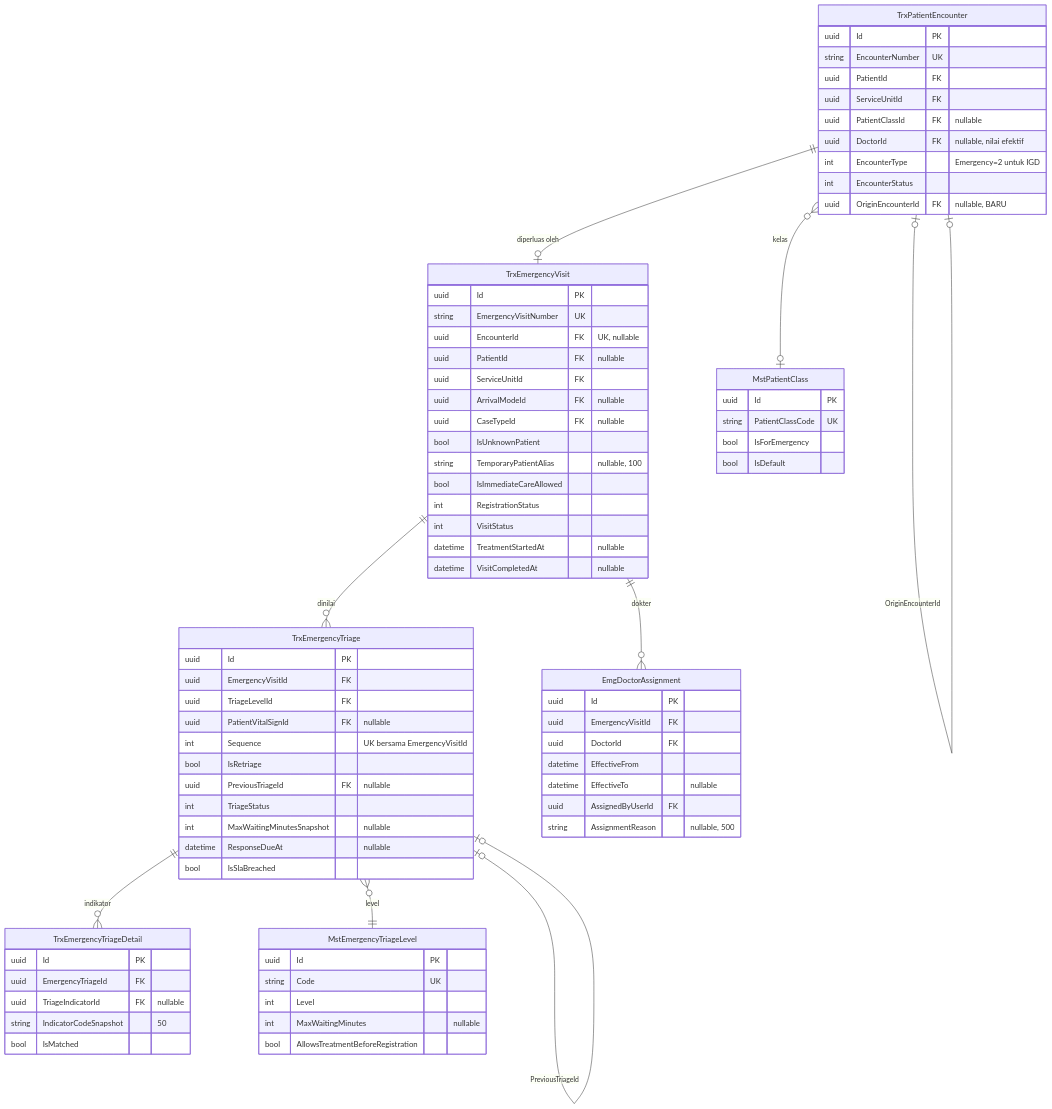
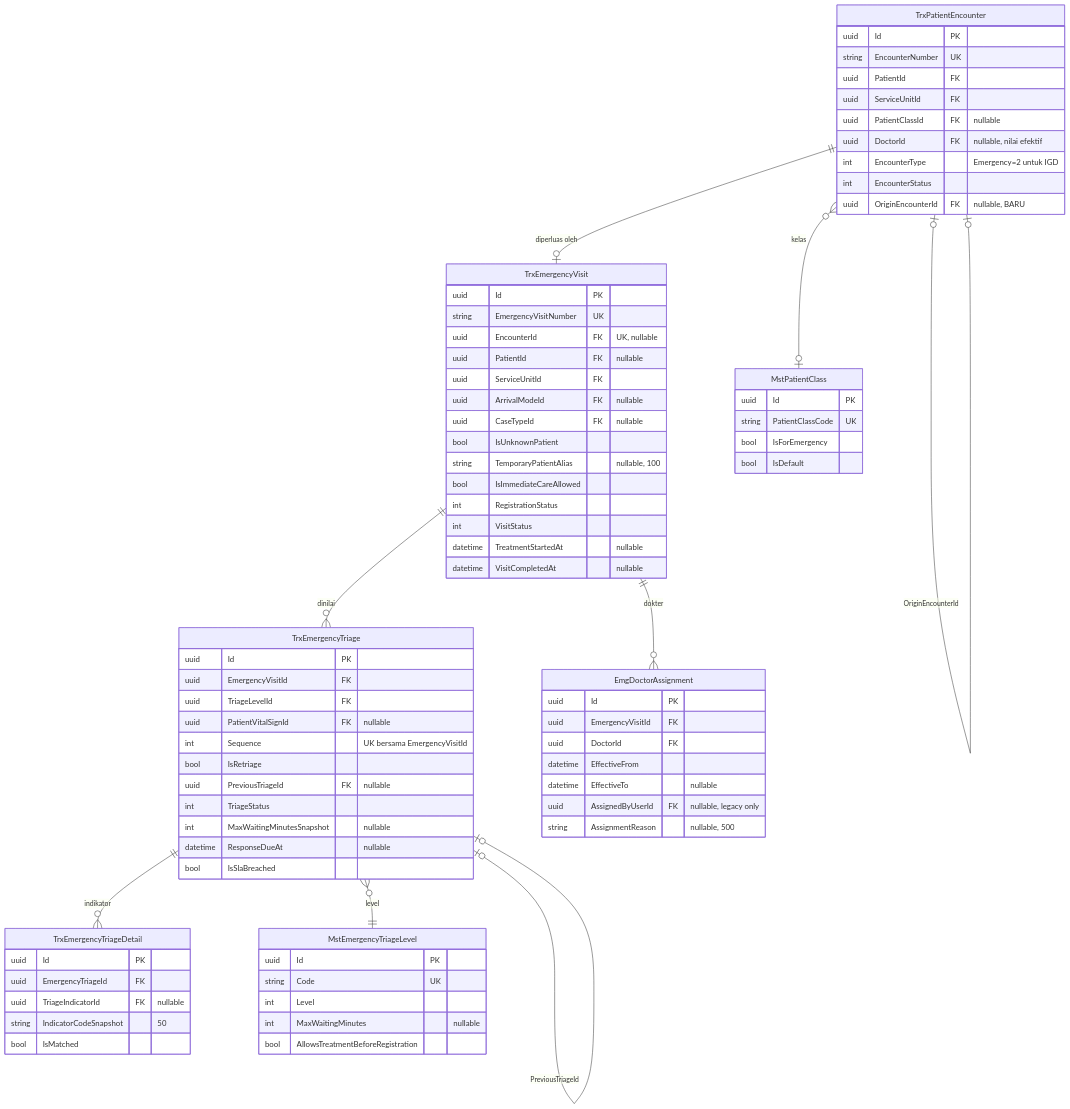
One commit to DevBenari/NewQuilvianSystemBackend changed the diagram in docs/module-blueprints/igd/erd/emergency-episode.md. Above: the diagram before and after it, drawn with Mermaid. The commit also changed 17 other files, not shown here.

````diff
--- a/docs/module-blueprints/igd/erd/emergency-episode.md
+++ b/docs/module-blueprints/igd/erd/emergency-episode.md
@@ -15,81 +15,81 @@
 ```mermaid
 erDiagram
     TrxPatientEncounter {
         uuid Id PK
         string EncounterNumber UK
         uuid PatientId FK
         uuid ServiceUnitId FK
         uuid PatientClassId FK "nullable"
         uuid DoctorId FK "nullable, nilai efektif"
         int EncounterType "Emergency=2 untuk IGD"
         int EncounterStatus
         uuid OriginEncounterId FK "nullable, BARU"
     }
     TrxEmergencyVisit {
         uuid Id PK
         string EmergencyVisitNumber UK
         uuid EncounterId FK "UK, nullable"
         uuid PatientId FK "nullable"
         uuid ServiceUnitId FK
         uuid ArrivalModeId FK "nullable"
         uuid CaseTypeId FK "nullable"
         bool IsUnknownPatient
         string TemporaryPatientAlias "nullable, 100"
         bool IsImmediateCareAllowed
         int RegistrationStatus
         int VisitStatus
         datetime TreatmentStartedAt "nullable"
         datetime VisitCompletedAt "nullable"
     }
     TrxEmergencyTriage {
         uuid Id PK
         uuid EmergencyVisitId FK
         uuid TriageLevelId FK
         uuid PatientVitalSignId FK "nullable"
         int Sequence "UK bersama EmergencyVisitId"
         bool IsRetriage
         uuid PreviousTriageId FK "nullable"
         int TriageStatus
         int MaxWaitingMinutesSnapshot "nullable"
         datetime ResponseDueAt "nullable"
         bool IsSlaBreached
     }
     TrxEmergencyTriageDetail {
         uuid Id PK
         uuid EmergencyTriageId FK
         uuid TriageIndicatorId FK "nullable"
         string IndicatorCodeSnapshot "50"
         bool IsMatched
     }
     EmgDoctorAssignment {
         uuid Id PK
         uuid EmergencyVisitId FK
         uuid DoctorId FK
         datetime EffectiveFrom
         datetime EffectiveTo "nullable"
-        uuid AssignedByUserId FK
+        uuid AssignedByUserId FK "nullable, legacy only"
         string AssignmentReason "nullable, 500"
     }
     MstEmergencyTriageLevel {
         uuid Id PK
         string Code UK
         int Level
         int MaxWaitingMinutes "nullable"
         bool AllowsTreatmentBeforeRegistration
     }
     MstPatientClass {
         uuid Id PK
         string PatientClassCode UK
         bool IsForEmergency
         bool IsDefault
     }
 
     TrxPatientEncounter ||--o| TrxEmergencyVisit : "diperluas oleh"
     TrxPatientEncounter |o--o| TrxPatientEncounter : "OriginEncounterId"
     TrxPatientEncounter }o--o| MstPatientClass : "kelas"
     TrxEmergencyVisit ||--o{ TrxEmergencyTriage : "dinilai"
     TrxEmergencyTriage ||--o{ TrxEmergencyTriageDetail : "indikator"
     TrxEmergencyTriage |o--o| TrxEmergencyTriage : "PreviousTriageId"
     TrxEmergencyTriage }o--|| MstEmergencyTriageLevel : "level"
     TrxEmergencyVisit ||--o{ EmgDoctorAssignment : "dokter"
 ```
````
